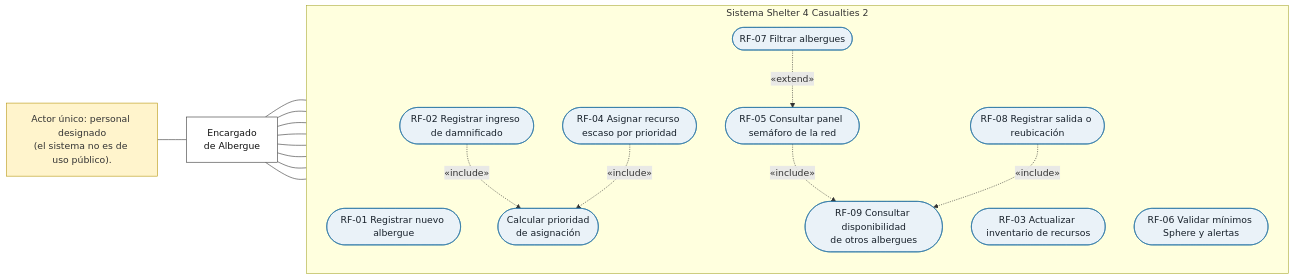
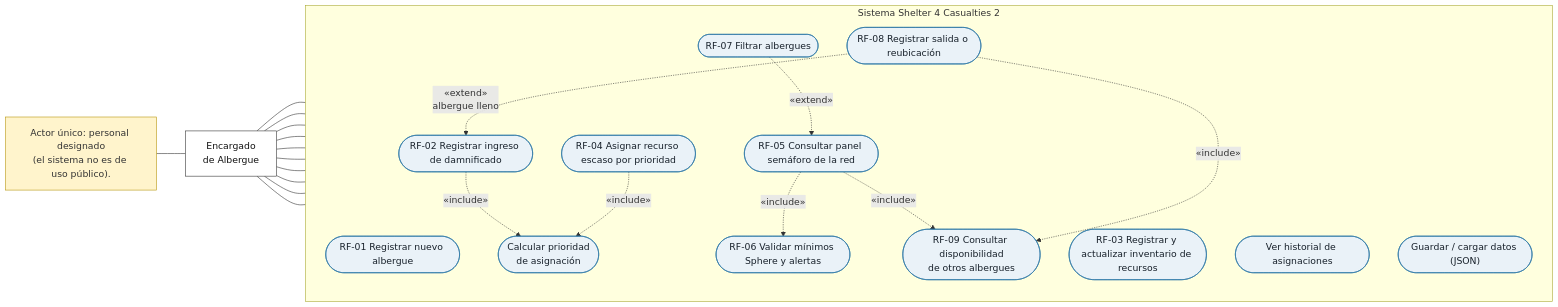
Before and after one commit to shjoja07/Shelter4Casualties2: the diagram in CasosDeUso.md, drawn with Mermaid. The commit also changed other lines of this file and 20 other files, not shown here.

````diff
--- a/CasosDeUso.md
+++ b/CasosDeUso.md
@@ -3,54 +10,60 @@
 ```mermaid
 flowchart LR
     %% Actor
     Encargado["Encargado<br/>de Albergue"]
 
     %% Límite del sistema
     subgraph Sistema["Sistema Shelter 4 Casualties 2"]
         direction TB
 
         RF01(["RF-01 Registrar nuevo albergue"])
-        RF03(["RF-03 Actualizar inventario de recursos"])
+        RF03(["RF-03 Registrar y actualizar inventario de recursos"])
         RF06(["RF-06 Validar mínimos Sphere y alertas"])
         RF02(["RF-02 Registrar ingreso de damnificado"])
         RF04(["RF-04 Asignar recurso escaso por prioridad"])
         RF07(["RF-07 Filtrar albergues"])
         RF05(["RF-05 Consultar panel semáforo de la red"])
         RF08(["RF-08 Registrar salida o reubicación"])
+        UC_Historial(["Ver historial de asignaciones"])
+        UC_Persistencia(["Guardar / cargar datos (JSON)"])
 
         UC_CalcularPrioridad(["Calcular prioridad<br/>de asignación"])
         RF09(["RF-09 Consultar disponibilidad<br/>de otros albergues"])
     end
 
     %% Asociaciones del actor
     Encargado --- RF01
     Encargado --- RF03
     Encargado --- RF06
     Encargado --- RF02
     Encargado --- RF04
     Encargado --- RF07
     Encargado --- RF05
     Encargado --- RF08
+    Encargado --- UC_Historial
+    Encargado --- UC_Persistencia
 
     %% Relaciones entre casos de uso
     RF02 -.->|«include»| UC_CalcularPrioridad
     RF04 -.->|«include»| UC_CalcularPrioridad
 
     RF07 -.->|«extend»| RF05
+    RF08 -.->|«extend»<br/>albergue lleno| RF02
 
+    RF05 -.->|«include»| RF06
     RF05 -.->|«include»| RF09
     RF08 -.->|«include»| RF09
 
     %% Nota del actor
     Nota["Actor único: personal designado<br/>(el sistema no es de uso público)."]
     Nota --- Encargado
 
     %% Estilos visuales
     classDef actor fill:#ffffff,stroke:#333333,color:#111111
     classDef casoUso fill:#eaf2f8,stroke:#2874a6,color:#17202a
     classDef nota fill:#fff4cc,stroke:#b7950b,color:#333333
 
     class Encargado actor
-    class RF01,RF02,RF03,RF04,RF05,RF06,RF07,RF08,RF09,UC_CalcularPrioridad casoUso
+    class RF01,RF02,RF03,RF04,RF05,RF06,RF07,RF08,RF09,UC_CalcularPrioridad,UC_Historial,UC_Persistencia casoUso
     class Nota nota
 ```
````
